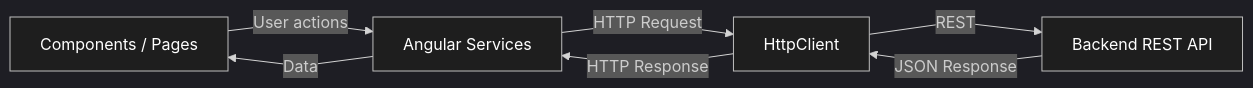
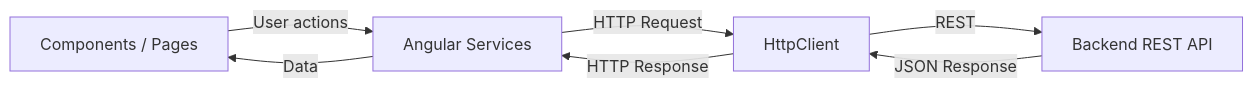
Before and after one commit to codeurjc-students/2026-MusicFever: the third of 3 diagrams in docs/development_guide.md, drawn with Mermaid. The commit also changed other lines of this file, not shown here.

Commit message:
docs: improve mermaid charts

````diff
--- a/docs/development_guide.md
+++ b/docs/development_guide.md
@@ -145,30 +117,16 @@
 ```mermaid
-%%{init: {
-  "theme": "dark",
-  "flowchart": {
-    "curve": "linear",
-    "nodeSpacing": 40,
-    "rankSpacing": 50
-  }
-}}%%
-
 flowchart LR
     C[Components / Pages]
     S[Angular Services]
     H[HttpClient]
     API[Backend REST API]
 
     C -->|User actions| S
     S -->|Data| C
 
     S -->|HTTP Request| H
     H -->|HTTP Response| S
 
     H -->|REST| API
     API -->|JSON Response| H
-
-    style C fill:#1e1e1e,stroke:#bfbfbf,color:#ffffff
-    style S fill:#1e1e1e,stroke:#bfbfbf,color:#ffffff
-    style H fill:#1e1e1e,stroke:#bfbfbf,color:#ffffff
-    style API fill:#1e1e1e,stroke:#bfbfbf,color:#ffffff
 ```
````
